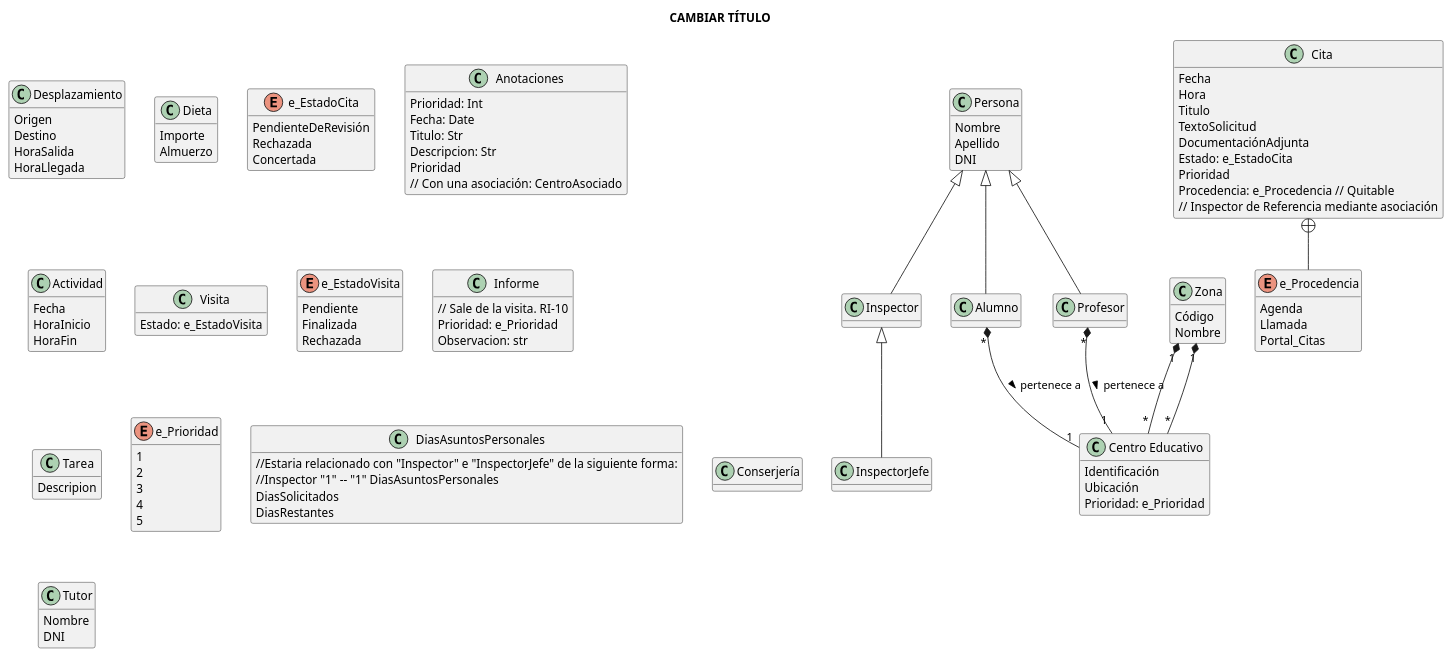
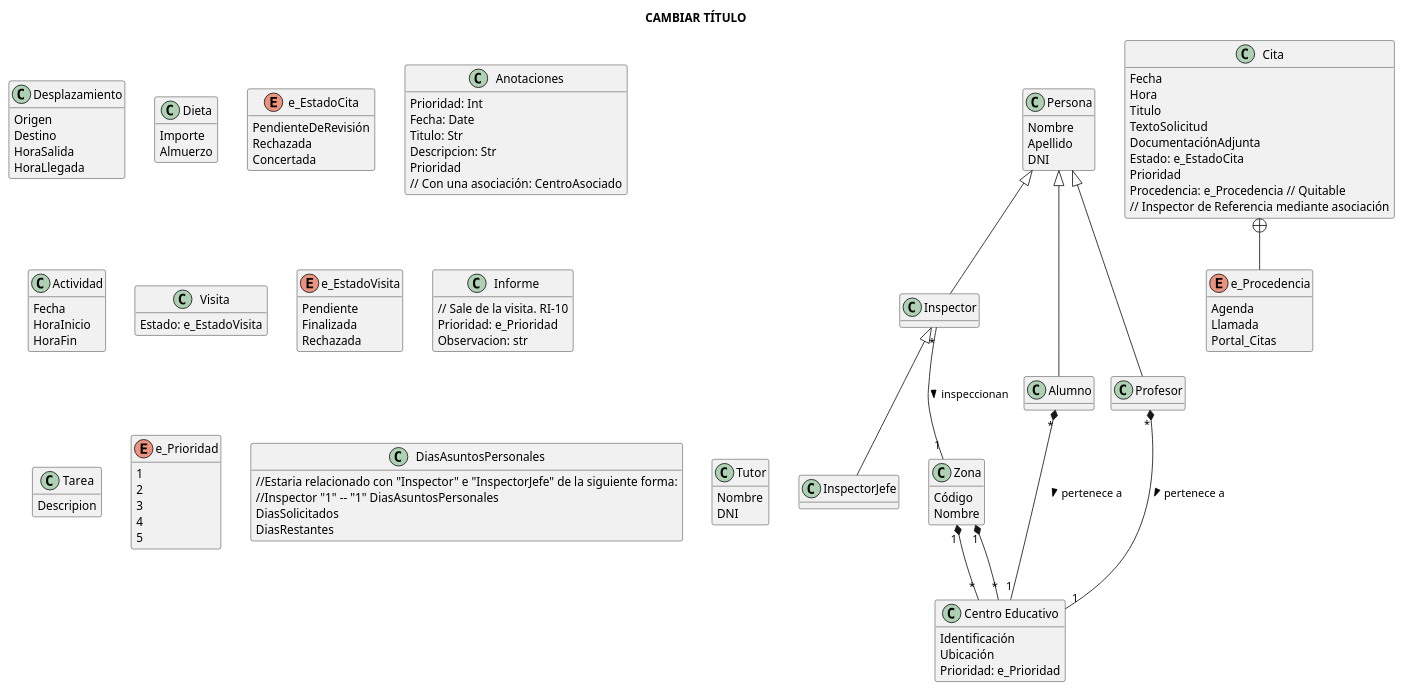
The diagram in docs/modelado_conceptual.puml (lorenzomaranon/ProyectoBD_Inspeccion_Educativa), drawn with PlantUML before and after one commit.

Commit message:
Añade relacion inspector zona

```diff
--- a/docs/modelado_conceptual.puml
+++ b/docs/modelado_conceptual.puml
@@ -89,7 +89,7 @@
 Profesor "*" *-- "1" CentroEducativo: pertenece a >
 Zona "1" *-- "*" CentroEducativo
 Zona "1" *-- "*" CentroEducativo
-
+Inspector "*" -- "1" Zona: inspeccionan >
 
 class InspectorJefe {
 }
@@ -200,10 +200,7 @@
     Nombre
 }
 
-class Conserjería {
 
-
-}
 
 class Persona {
     Nombre
```
